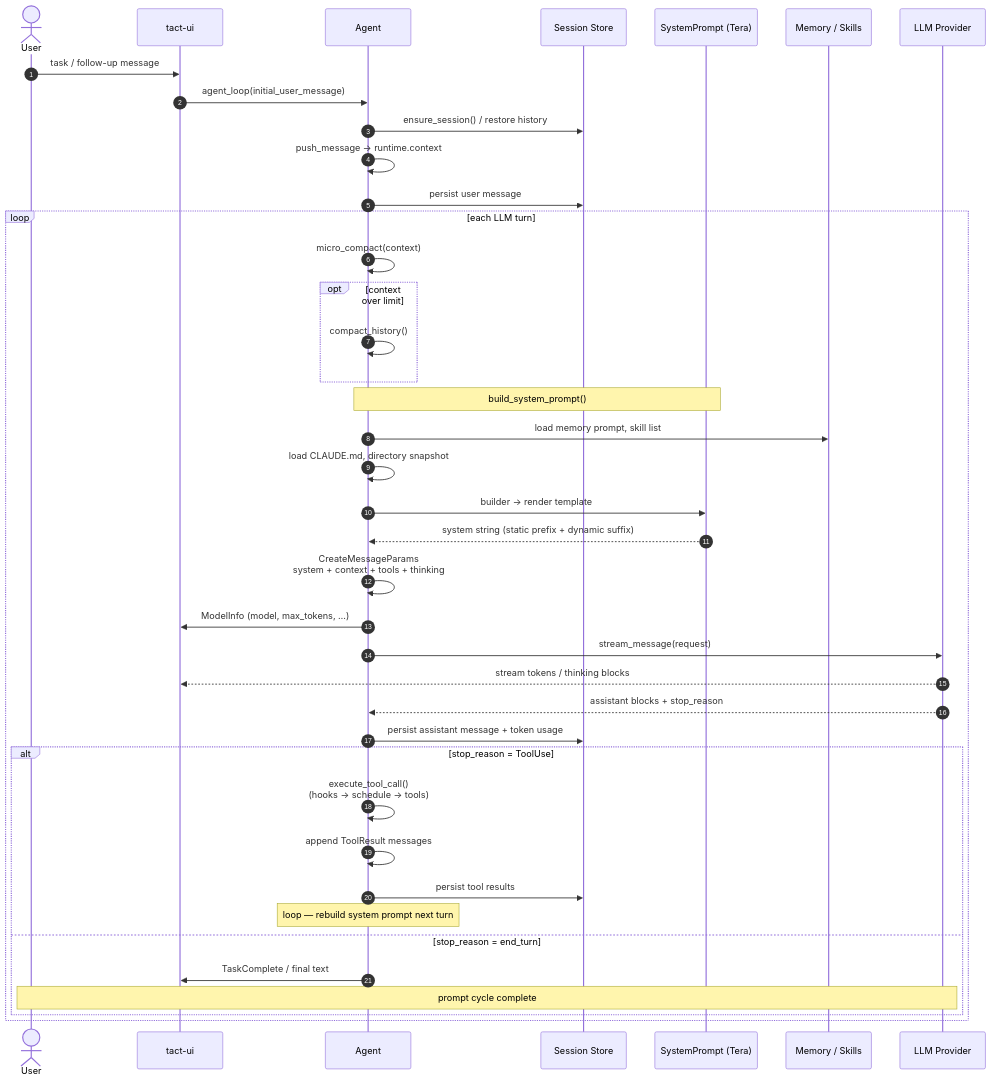
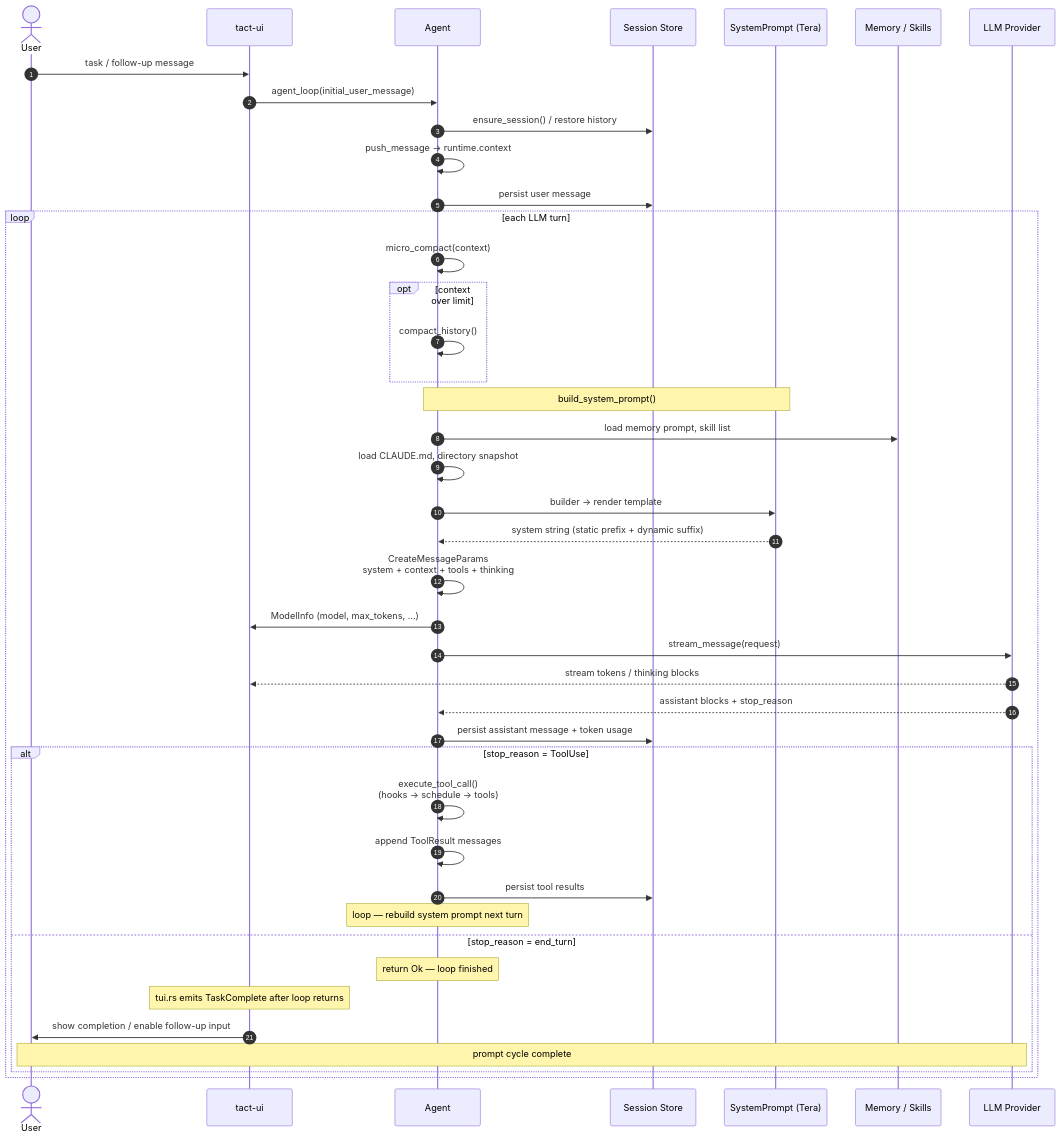
The second of 2 diagrams in book/index.md (rust-infra/tact), drawn with Mermaid before and after one commit. The commit also changed 13 other files, not shown here.

````diff
--- a/book/index.md
+++ b/book/index.md
@@ -61,50 +61,52 @@
 ```mermaid
 sequenceDiagram
     autonumber
     actor User
     participant TUI as tact-ui
     participant Agent as Agent
     participant Store as Session Store
     participant Prompt as SystemPrompt (Tera)
     participant Memory as Memory / Skills
     participant LLM as LLM Provider
 
     User->>TUI: task / follow-up message
     TUI->>Agent: agent_loop(initial_user_message)
 
     Agent->>Store: ensure_session() / restore history
     Agent->>Agent: push_message → runtime.context
     Agent->>Store: persist user message
 
     loop each LLM turn
         Agent->>Agent: micro_compact(context)
         opt context over limit
             Agent->>Agent: compact_history()
         end
 
         Note over Agent,Prompt: build_system_prompt()
         Agent->>Memory: load memory prompt, skill list
         Agent->>Agent: load CLAUDE.md, directory snapshot
         Agent->>Prompt: builder → render template
         Prompt-->>Agent: system string (static prefix + dynamic suffix)
 
         Agent->>Agent: CreateMessageParams<br/>system + context + tools + thinking
         Agent->>TUI: ModelInfo (model, max_tokens, …)
 
         Agent->>LLM: stream_message(request)
         LLM-->>TUI: stream tokens / thinking blocks
         LLM-->>Agent: assistant blocks + stop_reason
 
         Agent->>Store: persist assistant message + token usage
 
         alt stop_reason = ToolUse
             Agent->>Agent: execute_tool_call()<br/>(hooks → schedule → tools)
             Agent->>Agent: append ToolResult messages
             Agent->>Store: persist tool results
             Note over Agent: loop — rebuild system prompt next turn
         else stop_reason = end_turn
-            Agent->>TUI: TaskComplete / final text
+            Note over Agent: return Ok — loop finished
+            Note over TUI: tui.rs emits TaskComplete after loop returns
+            TUI->>User: show completion / enable follow-up input
             Note over User,LLM: prompt cycle complete
         end
     end
 ```
````
